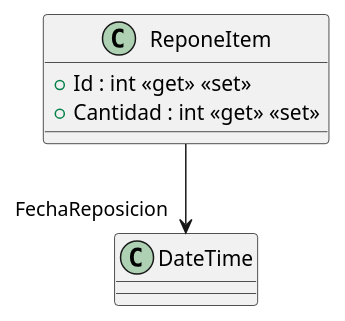
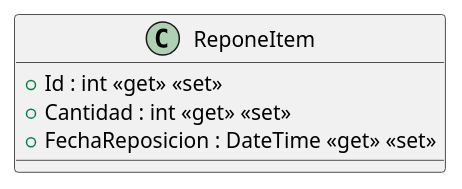
The diagram in src/AppForSEII.API/ClassDiagram/ReponeItem.puml (ISII2627JRJ/ISII2627JRJ), drawn with PlantUML before and after one commit. The commit also changed 11 other files, not shown here.

First line of the commit message:
Desarrollo de la clase paypal y actualizacion de diagramas uml (#42)

```diff
--- a/src/AppForSEII.API/ClassDiagram/ReponeItem.puml
+++ b/src/AppForSEII.API/ClassDiagram/ReponeItem.puml
@@ -1,7 +1,7 @@
 @startuml
 class ReponeItem {
     + Id : int <<get>> <<set>>
     + Cantidad : int <<get>> <<set>>
+    + FechaReposicion : DateTime <<get>> <<set>>
 }
-ReponeItem --> "FechaReposicion" DateTime
 @enduml
```
